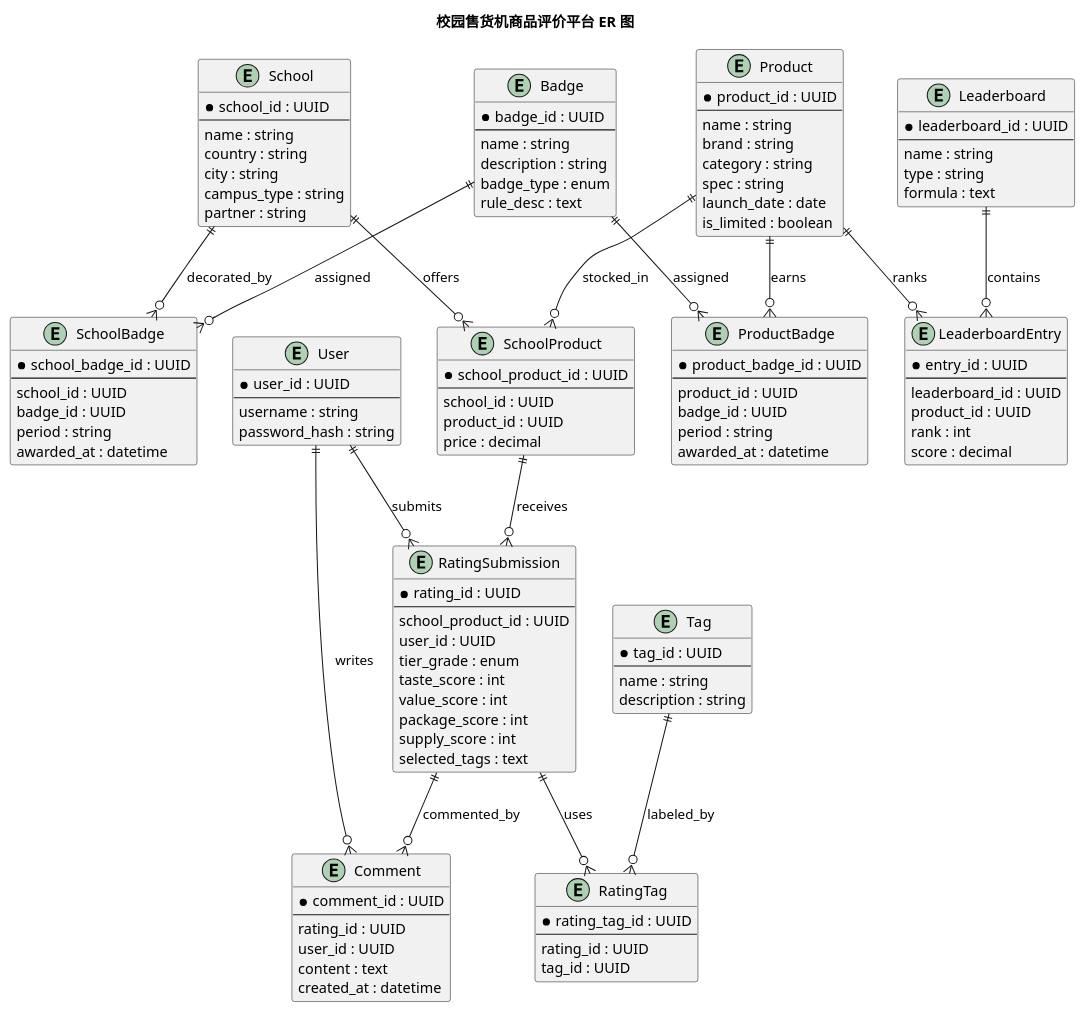
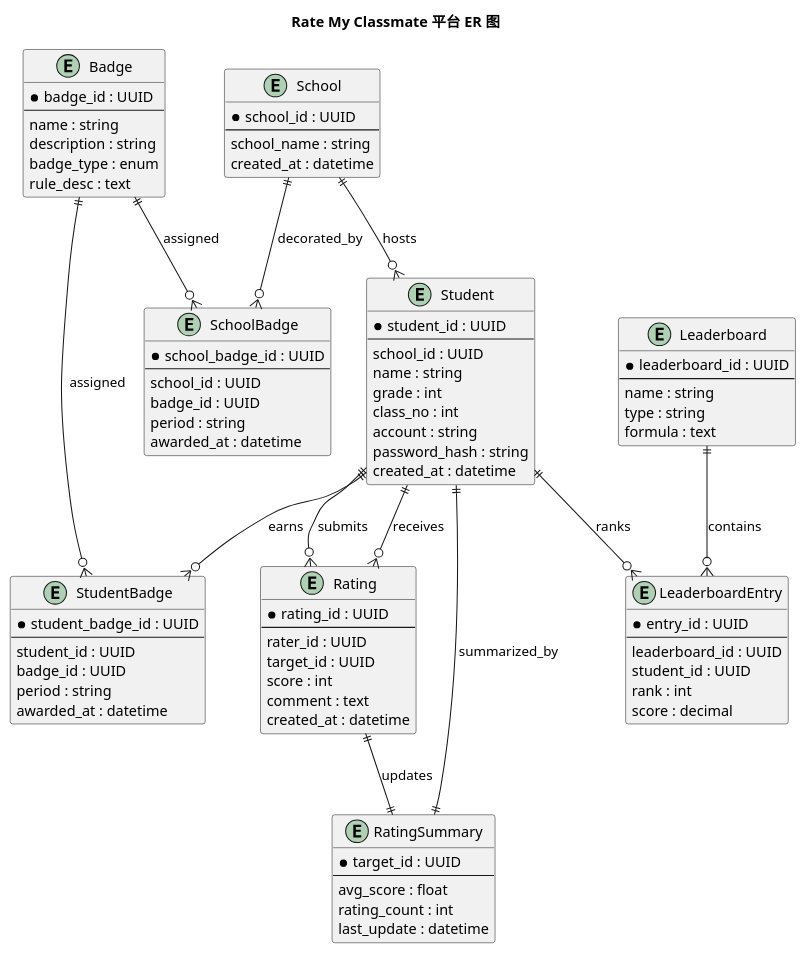
One commit to Tylerzhangyi/Rate-Classmates changed the diagram in er-diagram.puml. Above: the diagram before and after it, drawn with PlantUML. The commit also changed 2 other files, not shown here.

```diff
--- a/er-diagram.puml
+++ b/er-diagram.puml
@@ -1,135 +1,97 @@
-@startuml CampusRatingER
-title 校园售货机商品评价平台 ER 图
+@startuml RateMyClassmateER
+title Rate My Classmate 平台 ER 图
 
-entity Product {
-  *product_id : UUID
+entity Student {
+  *student_id : UUID
   ---
+  school_id : UUID
   name : string
-  brand : string
-  category : string
-  spec : string
-  launch_date : date
-  is_limited : boolean
+  grade : int
+  class_no : int
+  account : string
+  password_hash : string
+  created_at : datetime
 }
 
 entity School {
   *school_id : UUID
   ---
-  name : string
-  country : string
-  city : string
-  campus_type : string
-  partner : string
-}
-
-entity SchoolProduct {
-  *school_product_id : UUID
-  ---
-  school_id : UUID
-  product_id : UUID
-  price : decimal
-}
-
-entity RatingSubmission {
-  *rating_id : UUID
-  ---
-  school_product_id : UUID
-  user_id : UUID
-  tier_grade : enum
-  taste_score : int
-  value_score : int
-  package_score : int
-  supply_score : int
-  selected_tags : text
-}
-
-entity User {
-  *user_id : UUID
-  ---
-  username : string
-  password_hash : string
-}
-
-entity Comment {
-  *comment_id : UUID
-  ---
-  rating_id : UUID
-  user_id : UUID
-  content : text
+  school_name : string
   created_at : datetime
 }
 
-entity Tag {
-  *tag_id : UUID
+entity Rating {
+  *rating_id : UUID
   ---
-  name : string
-  description : string
+  rater_id : UUID
+  target_id : UUID
+  score : int
+  comment : text
+  created_at : datetime
 }
 
-entity RatingTag {
-  *rating_tag_id : UUID
+entity RatingSummary {
+  *target_id : UUID
   ---
-  rating_id : UUID
-  tag_id : UUID
+  avg_score : float
+  rating_count : int
+  last_update : datetime
 }
 
 entity Badge {
   *badge_id : UUID
   ---
   name : string
   description : string
   badge_type : enum
   rule_desc : text
 }
 
-entity ProductBadge {
-  *product_badge_id : UUID
+entity StudentBadge {
+  *student_badge_id : UUID
   ---
-  product_id : UUID
+  student_id : UUID
   badge_id : UUID
   period : string
   awarded_at : datetime
 }
 
 entity SchoolBadge {
   *school_badge_id : UUID
   ---
   school_id : UUID
   badge_id : UUID
   period : string
   awarded_at : datetime
 }
 
 entity Leaderboard {
   *leaderboard_id : UUID
   ---
   name : string
   type : string
   formula : text
 }
 
 entity LeaderboardEntry {
   *entry_id : UUID
   ---
   leaderboard_id : UUID
-  product_id : UUID
+  student_id : UUID
   rank : int
   score : decimal
 }
 
-Product ||--o{ SchoolProduct : stocked_in
-School ||--o{ SchoolProduct : offers
-SchoolProduct ||--o{ RatingSubmission : receives
-User ||--o{ RatingSubmission : submits
-RatingSubmission ||--o{ RatingTag : uses
-Tag ||--o{ RatingTag : labeled_by
-RatingSubmission ||--o{ Comment : commented_by
-User ||--o{ Comment : writes
-Product ||--o{ ProductBadge : earns
-Badge ||--o{ ProductBadge : assigned
+School ||--o{ Student : hosts
+Student ||--o{ Rating : submits
+Student ||--o{ Rating : receives
+Student ||--|| RatingSummary : summarized_by
+Rating ||--|| RatingSummary : updates
+Student ||--o{ StudentBadge : earns
+Badge ||--o{ StudentBadge : assigned
 School ||--o{ SchoolBadge : decorated_by
 Badge ||--o{ SchoolBadge : assigned
 Leaderboard ||--o{ LeaderboardEntry : contains
-Product ||--o{ LeaderboardEntry : ranks
+Student ||--o{ LeaderboardEntry : ranks
 
 @enduml
```
